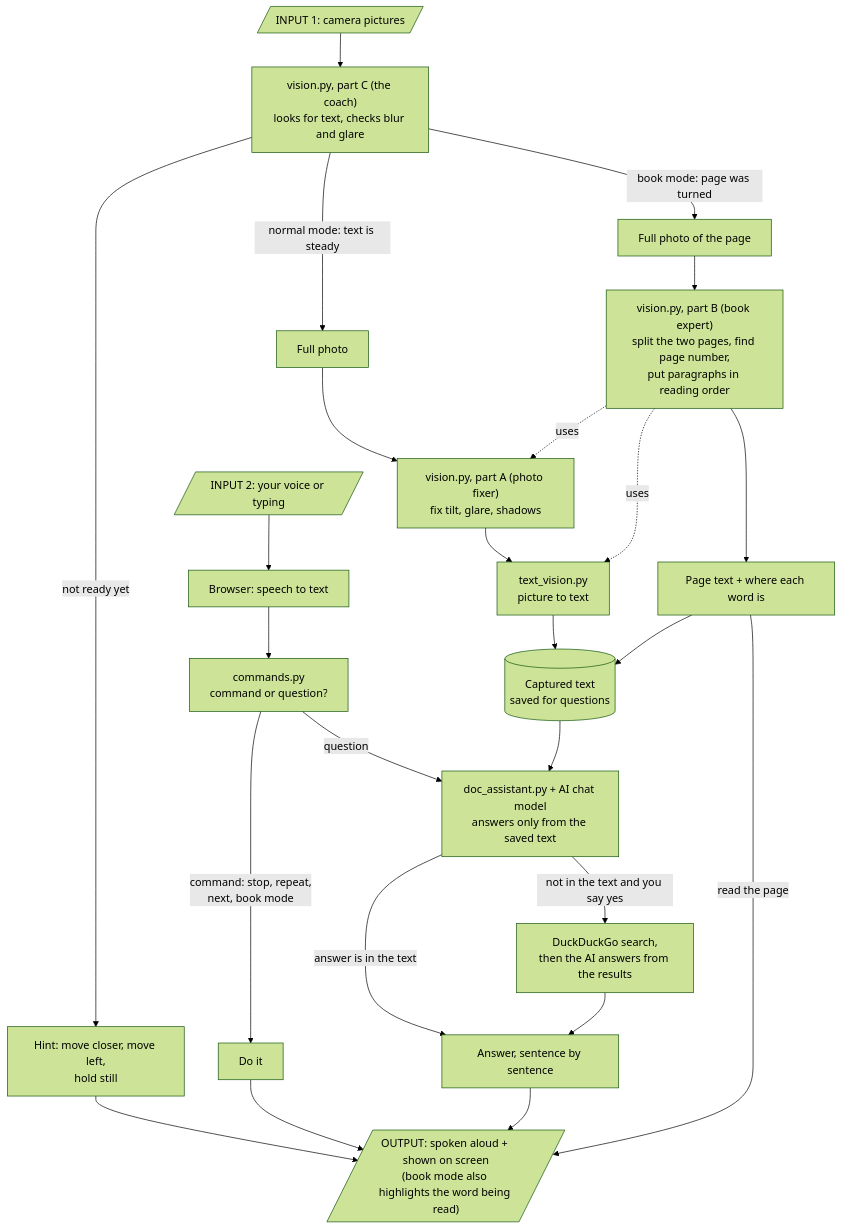
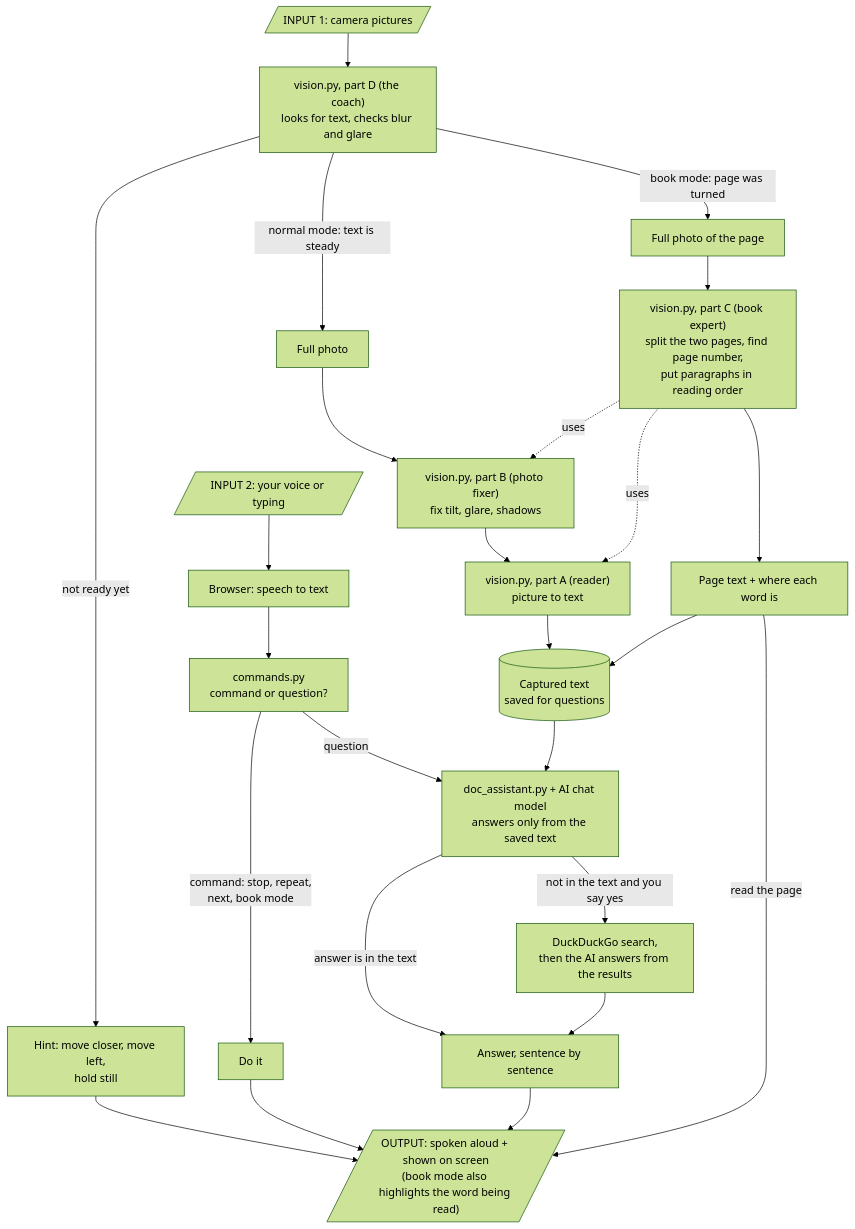
The diagram in working.md (neerajprao/Helping_Eyes-main), drawn with Mermaid (forest theme) before and after one commit. The commit also changed other lines of this file and 16 other files, not shown here.

````diff
--- a/working.md
+++ b/working.md
@@ -74,35 +79,35 @@
 ```mermaid
 flowchart TD
     CAM[/"INPUT 1: camera pictures"/]
     VOICE[/"INPUT 2: your voice or typing"/]
 
-    CAM --> COACH["vision.py, part C (the coach)<br/>looks for text, checks blur and glare"]
+    CAM --> COACH["vision.py, part D (the coach)<br/>looks for text, checks blur and glare"]
     COACH -->|not ready yet| HINT["Hint: move closer, move left,<br/>hold still"]
     COACH -->|normal mode: text is steady| PHOTO["Full photo"]
     COACH -->|book mode: page was turned| BOOKPHOTO["Full photo of the page"]
 
-    PHOTO --> FIX["vision.py, part A (photo fixer)<br/>fix tilt, glare, shadows"]
-    FIX --> READ["text_vision.py<br/>picture to text"]
+    PHOTO --> FIX["vision.py, part B (photo fixer)<br/>fix tilt, glare, shadows"]
+    FIX --> READ["vision.py, part A (reader)<br/>picture to text"]
     READ --> SAVED[("Captured text<br/>saved for questions")]
 
-    BOOKPHOTO --> BOOK["vision.py, part B (book expert)<br/>split the two pages, find page number,<br/>put paragraphs in reading order"]
+    BOOKPHOTO --> BOOK["vision.py, part C (book expert)<br/>split the two pages, find page number,<br/>put paragraphs in reading order"]
     BOOK -.uses.-> FIX
     BOOK -.uses.-> READ
     BOOK --> PAGE["Page text + where each word is"]
     PAGE --> SAVED
 
     VOICE --> STT["Browser: speech to text"]
     STT --> CMD["commands.py<br/>command or question?"]
     CMD -->|command: stop, repeat,<br/>next, book mode| ACT["Do it"]
     CMD -->|question| AI["doc_assistant.py + AI chat model<br/>answers only from the saved text"]
     SAVED --> AI
     AI -->|answer is in the text| ANSWER["Answer, sentence by sentence"]
     AI -->|not in the text and you say yes| WEB["DuckDuckGo search,<br/>then the AI answers from the results"]
     WEB --> ANSWER
 
     HINT --> OUT
     ACT --> OUT
     ANSWER --> OUT
     PAGE -->|read the page| OUT
     OUT[/"OUTPUT: spoken aloud + shown on screen<br/>(book mode also highlights the word being read)"/]
 ```
````
